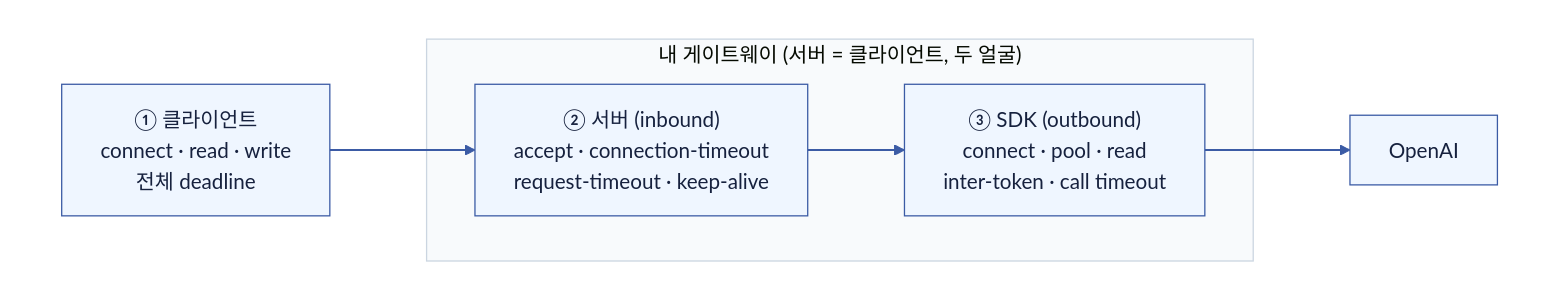
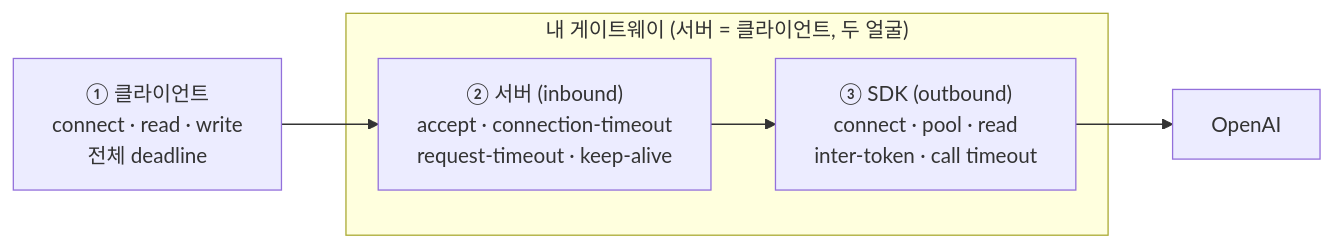
One commit to Hyune-s-lab/my-ai-study changed the first of 5 diagrams in computer-science/2606-모의면접-timeout.md. Above: the diagram before and after it, drawn with Mermaid. The commit also changed other lines of this file and 49 other files, not shown here.

Commit message:
docs: 단순 다이어그램은 Mermaid로, 복잡한 배치는 SVG로 정리

````diff
--- a/computer-science/2606-모의면접-timeout.md
+++ b/computer-science/2606-모의면접-timeout.md
@@ -28,26 +28,13 @@
 ```mermaid
 flowchart LR
-%%{init: {"theme": "base", "darkMode": false, "themeVariables": {"background": "#ffffff", "primaryColor": "#EFF6FF", "primaryTextColor": "#16213E", "primaryBorderColor": "#3B5BA5", "secondaryColor": "#F0FDF4", "tertiaryColor": "#FAF5FF", "lineColor": "#3B5BA5", "textColor": "#16213E", "edgeLabelBackground": "#ffffff", "clusterBkg": "#F8FAFC", "clusterBorder": "#CBD5E1"}}}%%
-  subgraph canvas[" "]
-    direction LR
-  
-    subgraph gw["내 게이트웨이 (서버 = 클라이언트, 두 얼굴)"]
-      inbound["② 서버 (inbound)<br/>accept · connection-timeout<br/>request-timeout · keep-alive"]
-      outbound["③ SDK (outbound)<br/>connect · pool · read<br/>inter-token · call timeout"]
-      inbound --> outbound
-    end
-  
-    cli["① 클라이언트<br/>connect · read · write<br/>전체 deadline"]
-    openai["OpenAI"]
-  
-    cli --> inbound
-    outbound --> openai
+%%{init: {"flowchart": {"curve": "stepAfter", "wrappingWidth": 400}}}%%
+  n_cli["① 클라이언트<br/>connect · read · write<br/>전체 deadline"]
+  n_openai["OpenAI"]
+  subgraph g_gw["내 게이트웨이 (서버 = 클라이언트, 두 얼굴)"]
+    n_inbound["② 서버 (inbound)<br/>accept · connection-timeout<br/>request-timeout · keep-alive"]
+    n_outbound["③ SDK (outbound)<br/>connect · pool · read<br/>inter-token · call timeout"]
   end
-  style canvas fill:#ffffff,stroke:#ffffff,color:#111827
-  linkStyle default stroke:#3B5BA5,stroke-width:1.5px
-  classDef app fill:#EFF6FF,stroke:#3B5BA5,stroke-width:1px,color:#16213E
-  class inbound,outbound,cli,openai app
-  classDef db fill:#F0FDF4,stroke:#3F8E55,stroke-width:1px,color:#16213E
-  classDef policy fill:#FAF5FF,stroke:#A855F7,stroke-width:1px,color:#16213E
-  classDef worker fill:#FFF7ED,stroke:#C98A2B,stroke-width:1px,color:#16213E
+  n_inbound --> n_outbound
+  n_cli --> n_inbound
+  n_outbound --> n_openai
 ```
````
